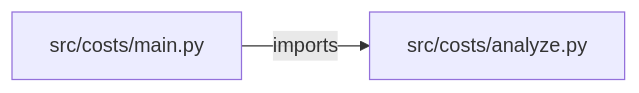
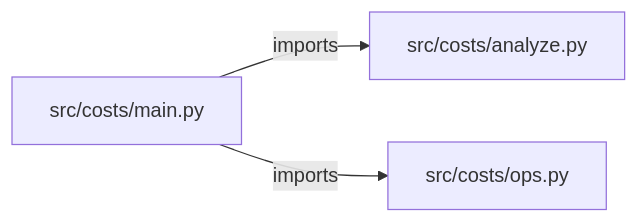
Before and after one commit to iarsingh/cloud-cost-analyzer: the diagram in PROJECT_ARCHITECTURE.md, drawn with Mermaid. The commit also changed other lines of this file and 2 other files, not shown here.

Commit message:
Refresh architecture and interview guides from current implementation

````diff
--- a/PROJECT_ARCHITECTURE.md
+++ b/PROJECT_ARCHITECTURE.md
@@ -13,6 +13,8 @@
 ```mermaid
 flowchart LR
     M0["src/costs/analyze.py"]
     M1["src/costs/main.py"]
+    M2["src/costs/ops.py"]
     M1 -->|imports| M0
+    M1 -->|imports| M2
 ```
````
